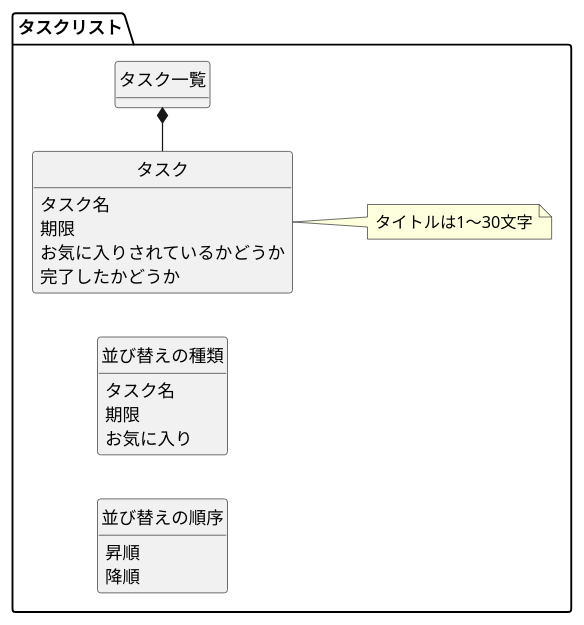
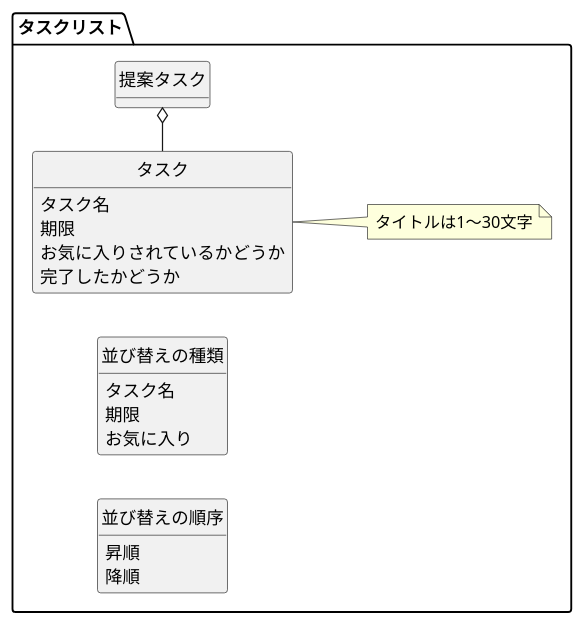
The diagram in document/ドメインモデル図.puml (fumiakikobayashi/go-echo-rest-api-sample), drawn with PlantUML before and after one commit. The commit also changed 27 other files, not shown here.

```diff
--- a/document/ドメインモデル図.puml
+++ b/document/ドメインモデル図.puml
@@ -1,34 +1,33 @@
 @startuml
 left to right direction
 
 hide circle
 hide method
 
 package タスクリスト {
-    class タスク一覧 {
-        並び替え(SortType, OrderType)
-    }
-
     class タスク {
         タスク名
         期限
         お気に入りされているかどうか
         完了したかどうか
     }
 
     note right: タイトルは1〜30文字
+
+    class 提案タスク {
+    }
 
     enum 並び替えの種類 {
         タスク名
         期限
         お気に入り
     }
 
     enum 並び替えの順序 {
         昇順
         降順
     }
 
-    タスク -* タスク一覧
+    タスク -o 提案タスク
 }
 @enduml
```
